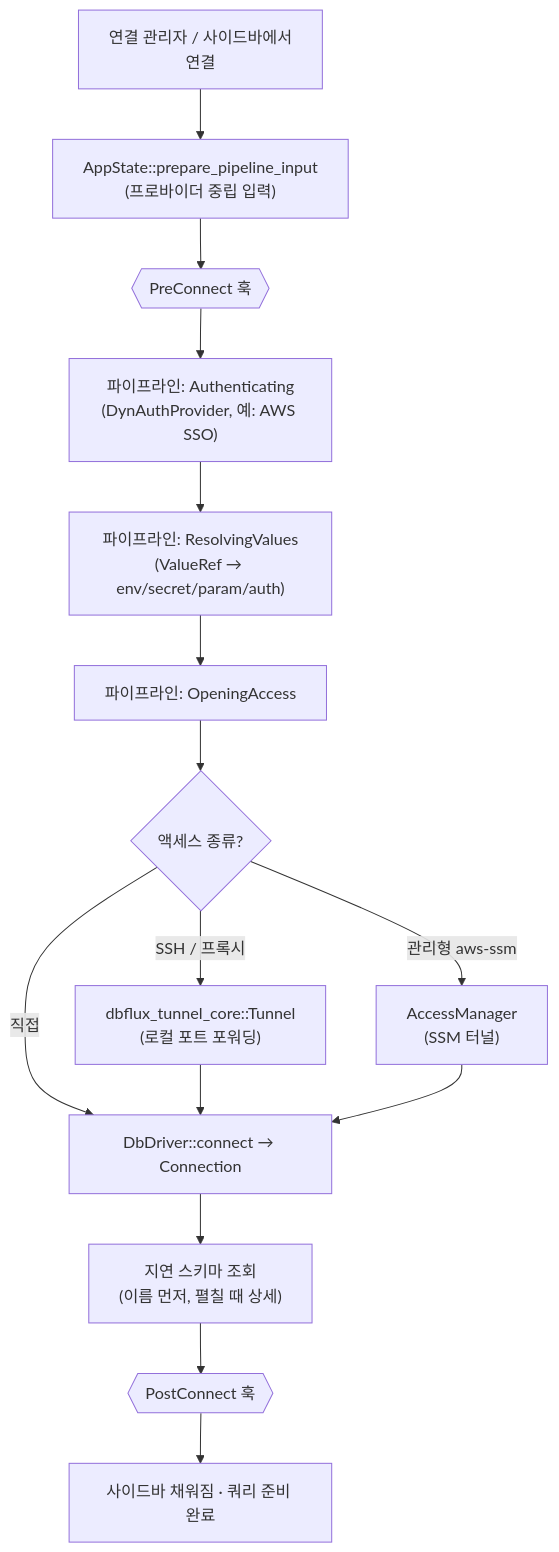
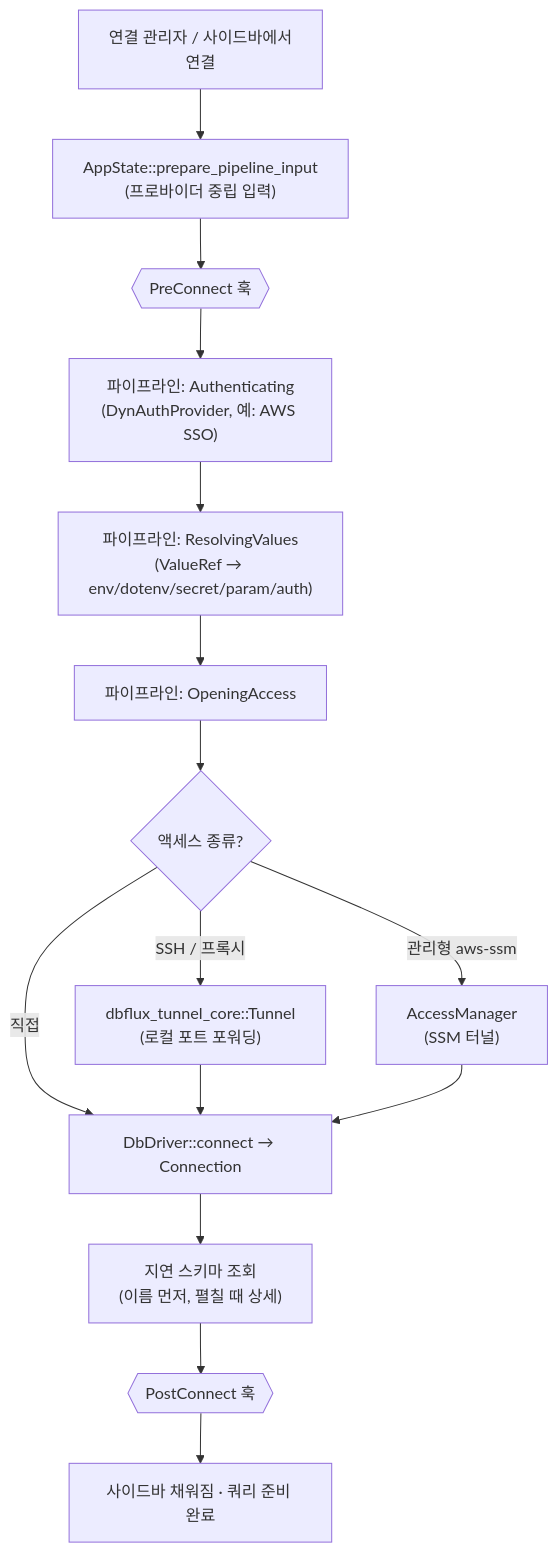
One commit to 0xErwin1/dbflux changed the third of 3 diagrams in docs/ko/ARCHITECTURE.md. Above: the diagram before and after it, drawn with Mermaid. The commit also changed 25 other files, not shown here.

First line of the commit message:
feat: environment variable and dotenv secret sources (#1185)

````diff
--- a/docs/ko/ARCHITECTURE.md
+++ b/docs/ko/ARCHITECTURE.md
@@ -96,15 +96,15 @@
 ```mermaid
 flowchart TB
     start["연결 관리자 / 사이드바에서<br/>연결"] --> prep["AppState::prepare_pipeline_input<br/>(프로바이더 중립 입력)"]
     prep --> pre{{"PreConnect 훅"}}
     pre --> auth["파이프라인: Authenticating<br/>(DynAuthProvider, 예: AWS SSO)"]
-    auth --> values["파이프라인: ResolvingValues<br/>(ValueRef → env/secret/param/auth)"]
+    auth --> values["파이프라인: ResolvingValues<br/>(ValueRef → env/dotenv/secret/param/auth)"]
     values --> access["파이프라인: OpeningAccess"]
     access --> tunnel{"액세스 종류?"}
     tunnel -->|직접| connect
     tunnel -->|SSH / 프록시| t1["dbflux_tunnel_core::Tunnel<br/>(로컬 포트 포워딩)"] --> connect
     tunnel -->|관리형 aws-ssm| t2["AccessManager<br/>(SSM 터널)"] --> connect
     connect["DbDriver::connect → Connection"] --> schema["지연 스키마 조회<br/>(이름 먼저, 펼칠 때 상세)"]
     schema --> post{{"PostConnect 훅"}}
     post --> ready["사이드바 채워짐 · 쿼리 준비 완료"]
 ```
````
